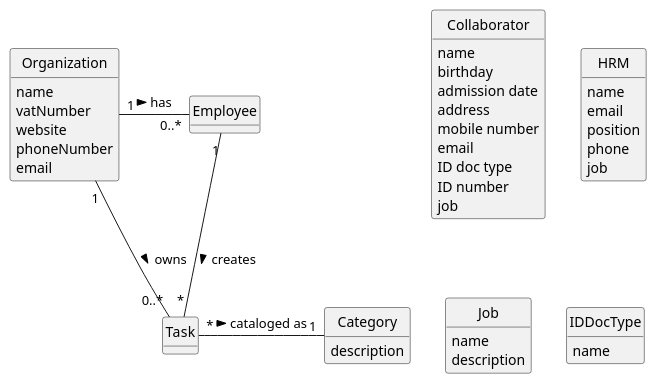
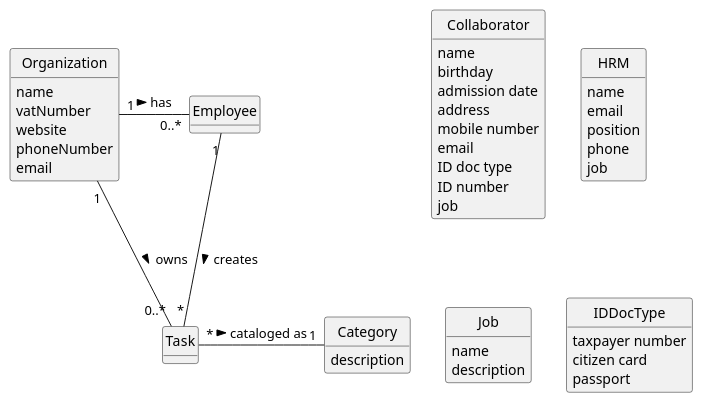
The diagram in docs/sprintA/us003/02.analysis/puml/us003-domain-model.puml (daniel41silva05/ISEP_2023_2024_LAPR2), drawn with PlantUML before and after one commit. The commit also changed 7 other files, not shown here.

```diff
--- a/docs/sprintA/us003/02.analysis/puml/us003-domain-model.puml
+++ b/docs/sprintA/us003/02.analysis/puml/us003-domain-model.puml
@@ -1,74 +1,76 @@
 @startuml
 skinparam monochrome true
 skinparam packageStyle rectangle
 skinparam shadowing false
 
 'left to right direction
 
 skinparam classAttributeIconSize 0
 
 hide circle
 hide methods
 
 'title Domain Model
 
 'class Platform {
 '  -description
 '}
 
 class Organization {
     name
     vatNumber
     website
     phoneNumber
     email
 }
 
 class Collaborator {
     name
     birthday
     admission date
     address
     mobile number
     email
     ID doc type
     ID number
     job
 }
 
 class Category {
     description
 }
 
 class HRM {
     name
     email
     position
     phone
     job
 }
 
 class Job {
     name
     description
 }
 
 class IDDocType {
-    name
+    taxpayer number
+    citizen card
+    passport
 }
 
 'class User {
 '    name
 '    email
 '    password
 '}
 
 'Platform "1" -- "*" Organization : has registered >
 'Platform "1" -- "*" Category : defines >
 Organization "1" - "0..*" Employee : has >
 Organization "1" - "0..*" Task: owns >
 'Task "*" -- "1" Employee: created by >
 Employee "1" -- "*" Task : creates >
 'Employee "0..1" -- "1" User: acts as >
 Task "*" - "1" Category: cataloged as >
 @enduml
```
